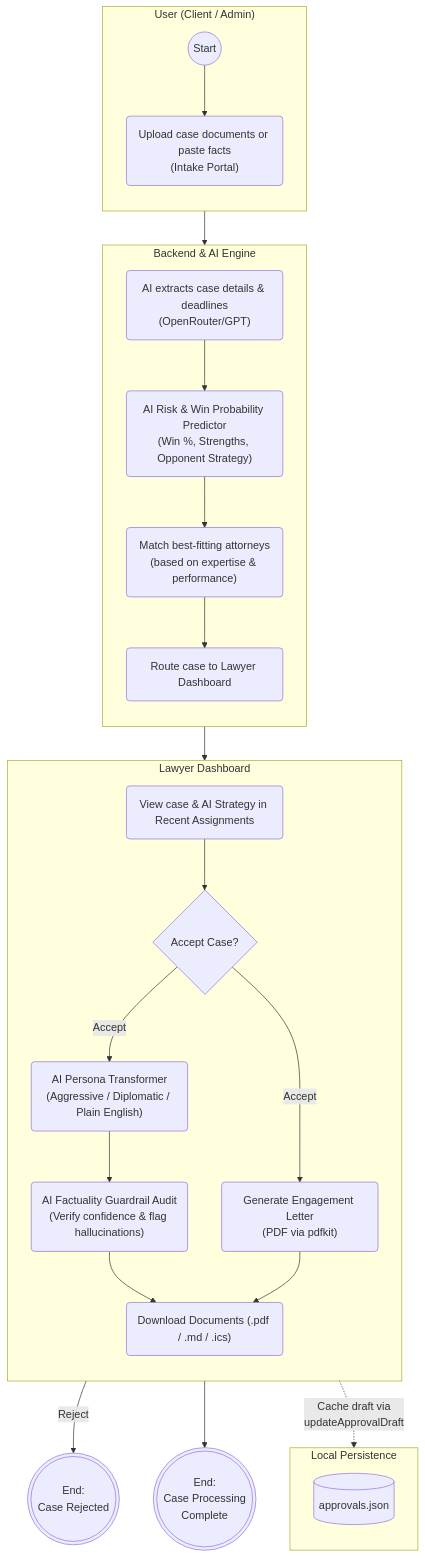
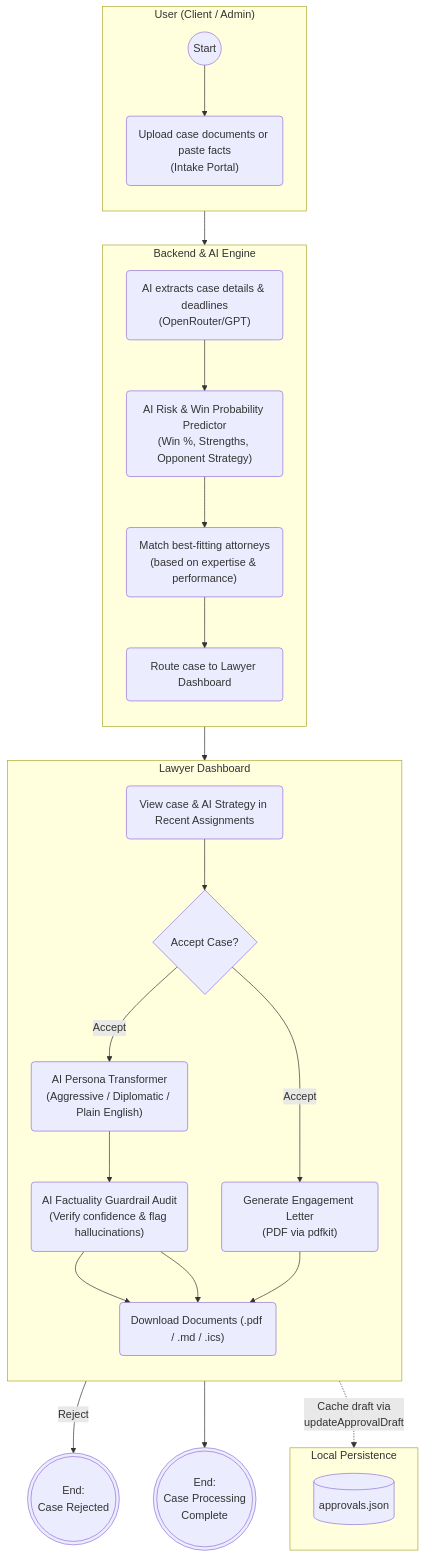
The diagram in README.md (Cubester27/Lawyer-Tinder), drawn with Mermaid before and after one commit. The commit also changed other lines of this file and 12 other files, not shown here.

````diff
--- a/README.md
+++ b/README.md
@@ -24,53 +24,54 @@
 ```mermaid
 flowchart TD
     %% Swimlanes
     subgraph User["User (Client / Admin)"]
         direction TB
         Start((Start))
         ProvideInput("Upload case documents or paste facts\n(Intake Portal)")
     end
 
     subgraph System["Backend & AI Engine"]
         direction TB
         ExtractDetails("AI extracts case details & deadlines\n(OpenRouter/GPT)")
         PredictRisk("AI Risk & Win Probability Predictor\n(Win %, Strengths, Opponent Strategy)")
         MatchAttorneys("Match best-fitting attorneys\n(based on expertise & performance)")
         RouteCase("Route case to Lawyer Dashboard")
     end
 
     subgraph Lawyer["Lawyer Dashboard"]
         direction TB
         ReviewCase("View case & AI Strategy in Recent Assignments")
         Decision{"Accept Case?"}
         GeneratePDF("Generate Engagement Letter\n(PDF via pdfkit)")
         GenerateDraft("AI Persona Transformer\n(Aggressive / Diplomatic / Plain English)")
         VerifyFacts("AI Factuality Guardrail Audit\n(Verify confidence & flag hallucinations)")
         DownloadDoc("Download Documents (.pdf / .md / .ics)")
     end
 
     subgraph Data["Local Persistence"]
         direction TB
         SaveData[("approvals.json")]
     end
 
     %% Flow
     Start --> ProvideInput
     ProvideInput --> ExtractDetails
     ExtractDetails --> PredictRisk
     PredictRisk --> MatchAttorneys
     MatchAttorneys --> RouteCase
     RouteCase --> ReviewCase
     ReviewCase --> Decision
 
     Decision -->|Reject| EndReject(((End:\nCase Rejected)))
     Decision -->|Accept| GeneratePDF
     Decision -->|Accept| GenerateDraft
 
     GenerateDraft --> VerifyFacts
     VerifyFacts --> DownloadDoc
+    VerifyFacts --> DownloadDoc
     GeneratePDF --> DownloadDoc
     DownloadDoc --> EndSuccess(((End:\nCase Processing\nComplete)))
 
     %% Data persistence relationships
     GenerateDraft -.->|Cache draft via\nupdateApprovalDraft| SaveData
 ```
````
